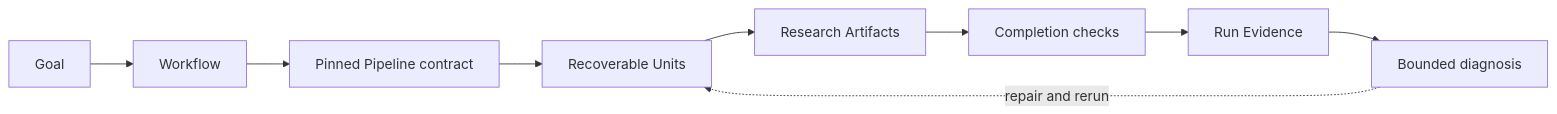
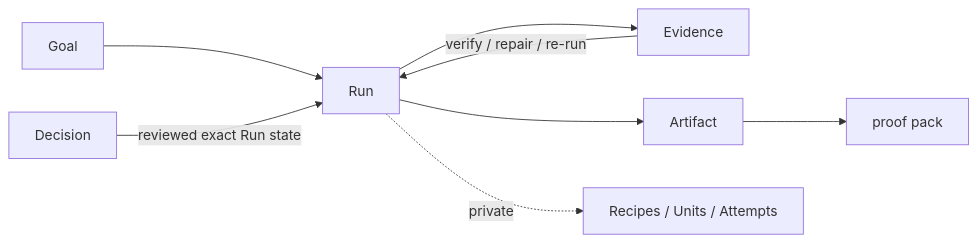
One commit to WILLOSCAR/research-units-pipeline-skills changed the diagram in README.md. Above: the diagram before and after it, drawn with Mermaid. The commit also changed other lines of this file and 24 other files, not shown here.

````diff
--- a/README.md
+++ b/README.md
@@ -108,11 +135,10 @@
 ```mermaid
 flowchart LR
-    G["Goal"] --> W["Workflow"]
-    W --> P["Pinned Pipeline contract"]
-    P --> U["Recoverable Units"]
-    U --> A["Research Artifacts"]
-    A --> C["Completion checks"]
-    C --> E["Run Evidence"]
-    E --> D["Bounded diagnosis"]
-    D -. "repair and rerun" .-> U
+    G["Goal"] --> R["Run"]
+    R --> E["Evidence"]
+    E -->|"verify / repair / re-run"| R
+    R --> A["Artifact"]
+    A --> PP["proof pack"]
+    D["Decision"] -->|"reviewed exact Run state"| R
+    R -. "private" .-> X["Recipes / Units / Attempts"]
 ```
````
